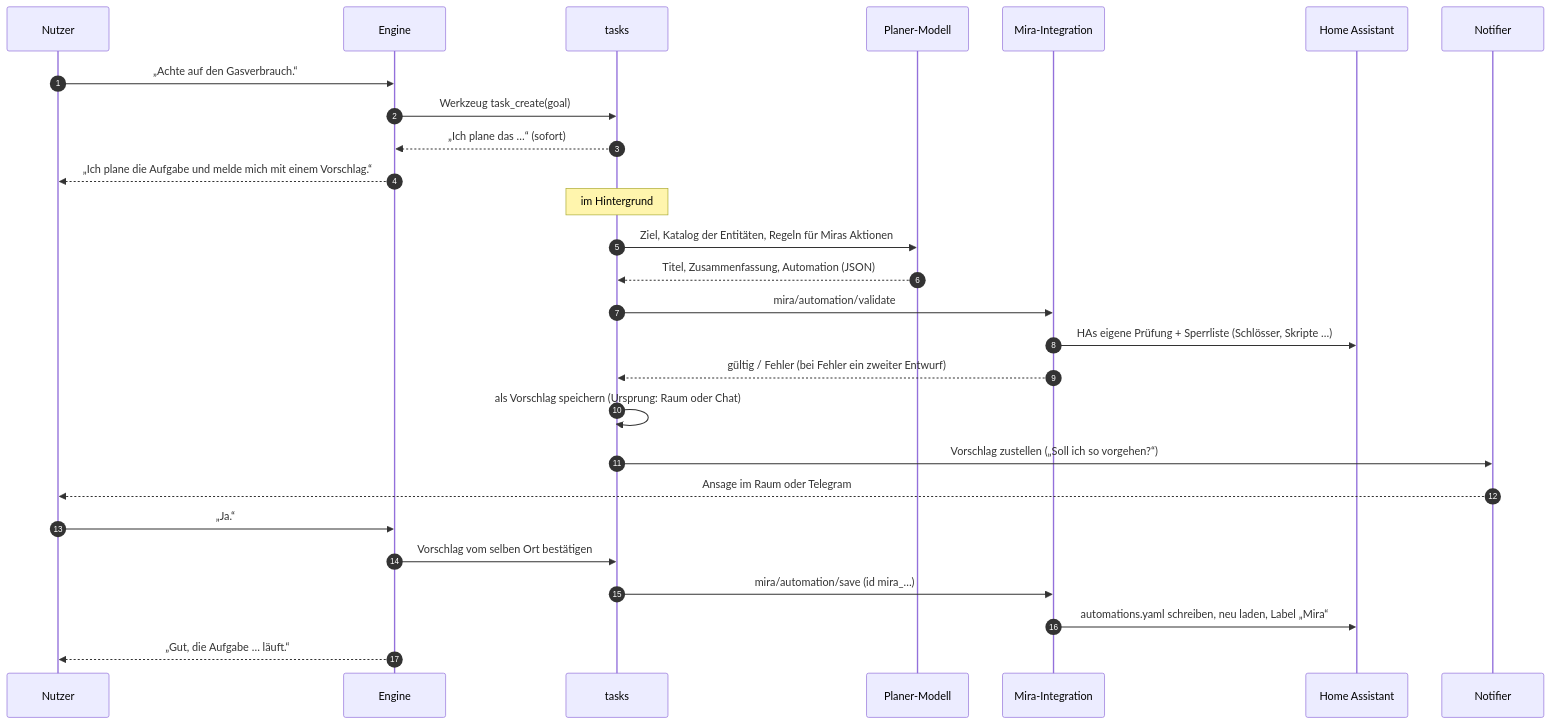
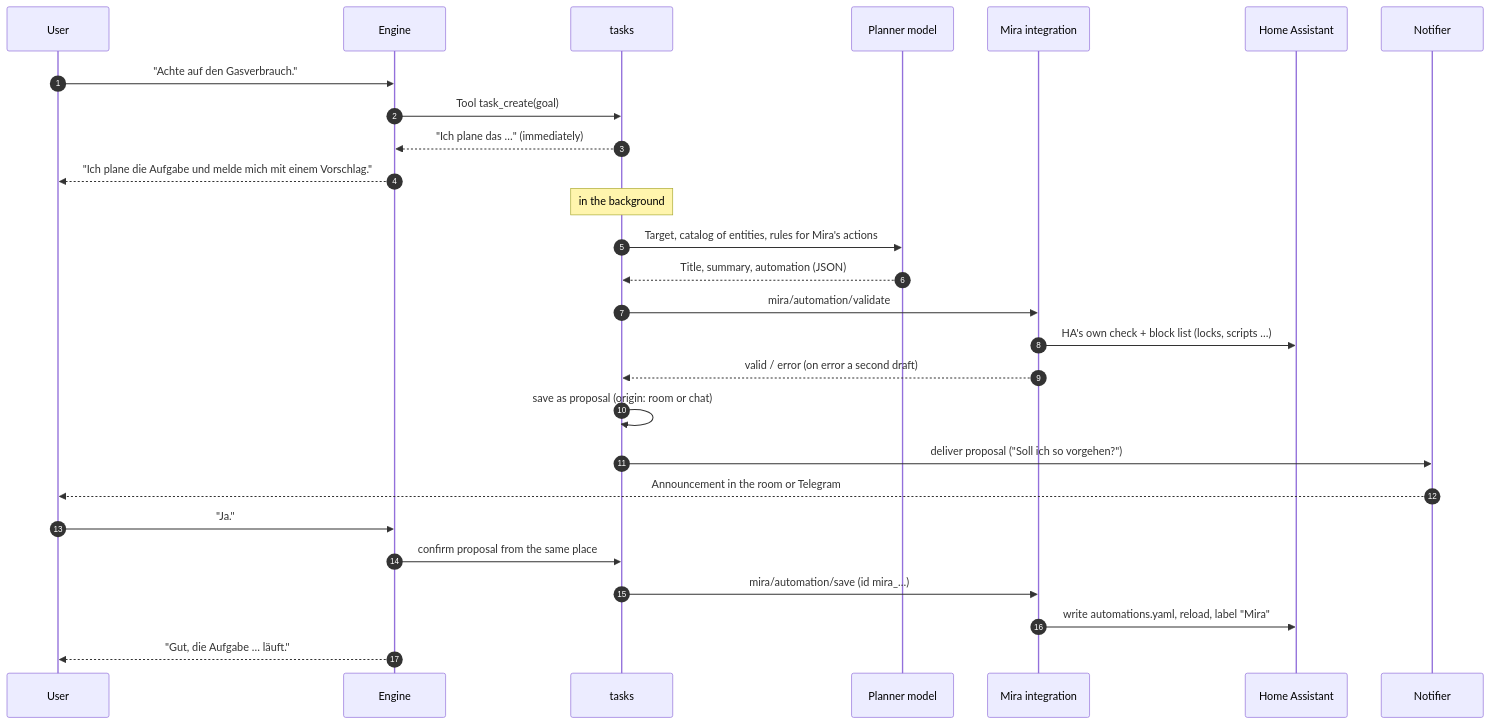
Before and after one commit to miraassist/mira: the third of 6 diagrams in docs/system.md, drawn with Mermaid. The commit also changed other lines of this file and 21 other files, not shown here.

````diff
--- a/docs/system.md
+++ b/docs/system.md
@@ -182,30 +182,30 @@
 ```mermaid
 sequenceDiagram
     autonumber
-    participant U as Nutzer
+    participant U as User
     participant E as Engine
     participant T as tasks
-    participant P as Planer-Modell
-    participant I as Mira-Integration
+    participant P as Planner model
+    participant I as Mira integration
     participant HA as Home Assistant
     participant N as Notifier
 
-    U->>E: „Achte auf den Gasverbrauch.“
-    E->>T: Werkzeug task_create(goal)
-    T-->>E: „Ich plane das …“ (sofort)
-    E-->>U: „Ich plane die Aufgabe und melde mich mit einem Vorschlag.“
-    Note over T: im Hintergrund
-    T->>P: Ziel, Katalog der Entitäten, Regeln für Miras Aktionen
-    P-->>T: Titel, Zusammenfassung, Automation (JSON)
+    U->>E: "Achte auf den Gasverbrauch."
+    E->>T: Tool task_create(goal)
+    T-->>E: "Ich plane das …" (immediately)
+    E-->>U: "Ich plane die Aufgabe und melde mich mit einem Vorschlag."
+    Note over T: in the background
+    T->>P: Target, catalog of entities, rules for Mira's actions
+    P-->>T: Title, summary, automation (JSON)
     T->>I: mira/automation/validate
-    I->>HA: HAs eigene Prüfung + Sperrliste (Schlösser, Skripte …)
-    I-->>T: gültig / Fehler (bei Fehler ein zweiter Entwurf)
-    T->>T: als Vorschlag speichern (Ursprung: Raum oder Chat)
-    T->>N: Vorschlag zustellen („Soll ich so vorgehen?“)
-    N-->>U: Ansage im Raum oder Telegram
-    U->>E: „Ja.“
-    E->>T: Vorschlag vom selben Ort bestätigen
+    I->>HA: HA's own check + block list (locks, scripts …)
+    I-->>T: valid / error (on error a second draft)
+    T->>T: save as proposal (origin: room or chat)
+    T->>N: deliver proposal ("Soll ich so vorgehen?")
+    N-->>U: Announcement in the room or Telegram
+    U->>E: "Ja."
+    E->>T: confirm proposal from the same place
     T->>I: mira/automation/save (id mira_…)
-    I->>HA: automations.yaml schreiben, neu laden, Label „Mira“
-    E-->>U: „Gut, die Aufgabe … läuft.“
+    I->>HA: write automations.yaml, reload, label "Mira"
+    E-->>U: "Gut, die Aufgabe … läuft."
 ```
````
